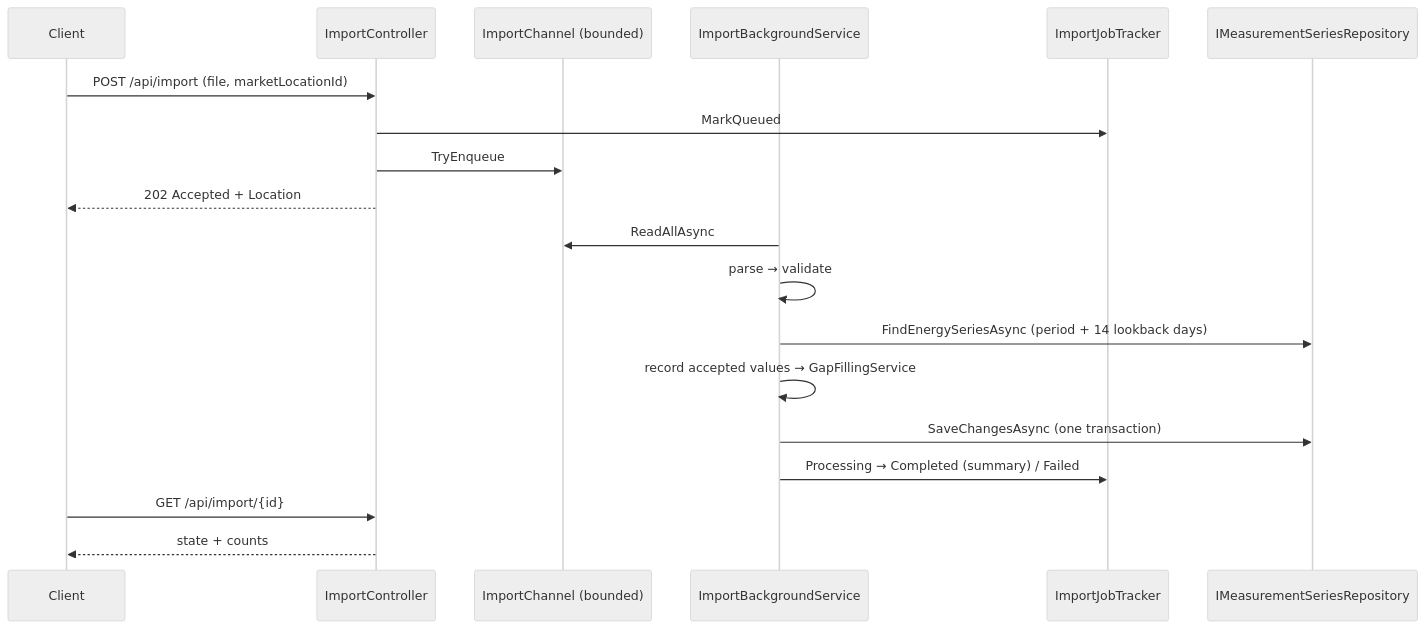
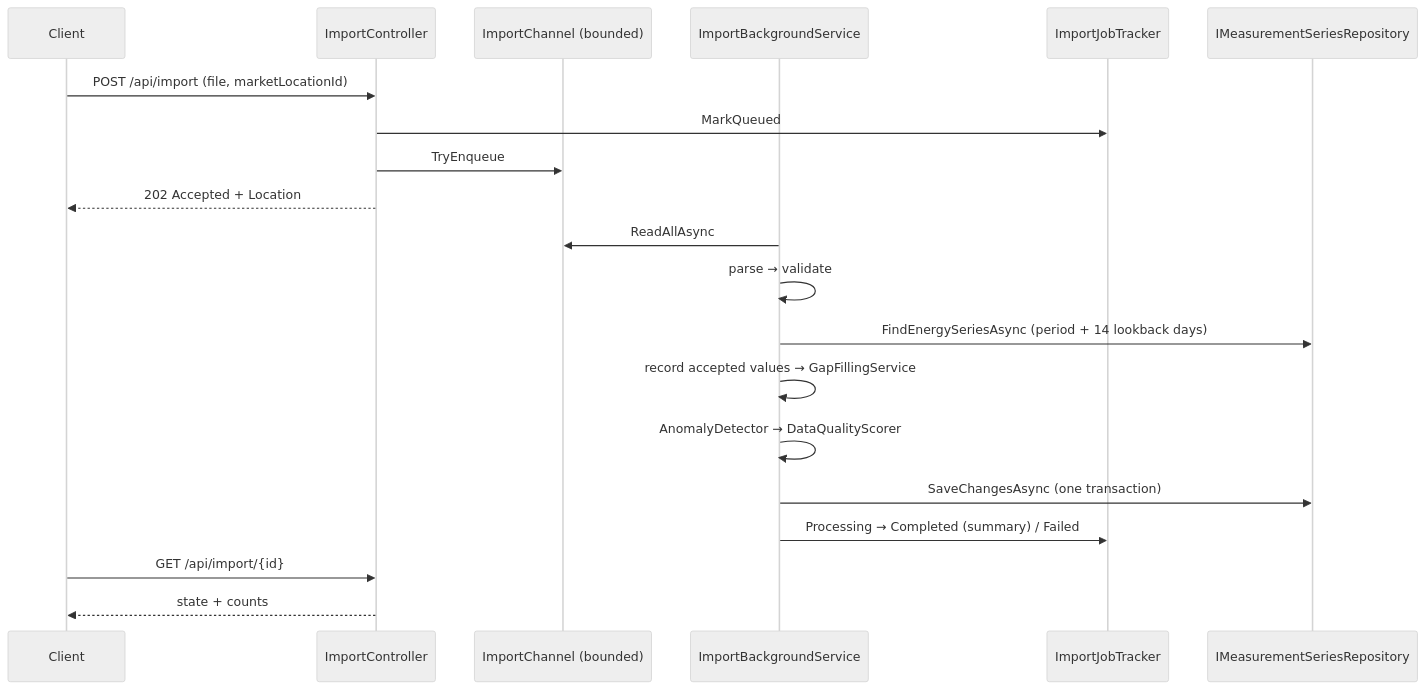
The third of 3 diagrams in README.md (hanan-raza/meter-data-service), drawn with Mermaid (neutral theme) before and after one commit. The commit also changed other lines of this file and 25 other files, not shown here.

First line of the commit message:
feat: add ML.NET anomaly detection and data-quality score to import

````diff
--- a/README.md
+++ b/README.md
@@ -131,21 +138,22 @@
 ```mermaid
 sequenceDiagram
     participant C as Client
     participant E as ImportController
     participant Q as ImportChannel (bounded)
     participant B as ImportBackgroundService
     participant T as ImportJobTracker
     participant R as IMeasurementSeriesRepository
     C->>E: POST /api/import (file, marketLocationId)
     E->>T: MarkQueued
     E->>Q: TryEnqueue
     E-->>C: 202 Accepted + Location
     B->>Q: ReadAllAsync
     B->>B: parse → validate
     B->>R: FindEnergySeriesAsync (period + 14 lookback days)
     B->>B: record accepted values → GapFillingService
+    B->>B: AnomalyDetector → DataQualityScorer
     B->>R: SaveChangesAsync (one transaction)
     B->>T: Processing → Completed (summary) / Failed
     C->>E: GET /api/import/{id}
     E-->>C: state + counts
 ```
````
